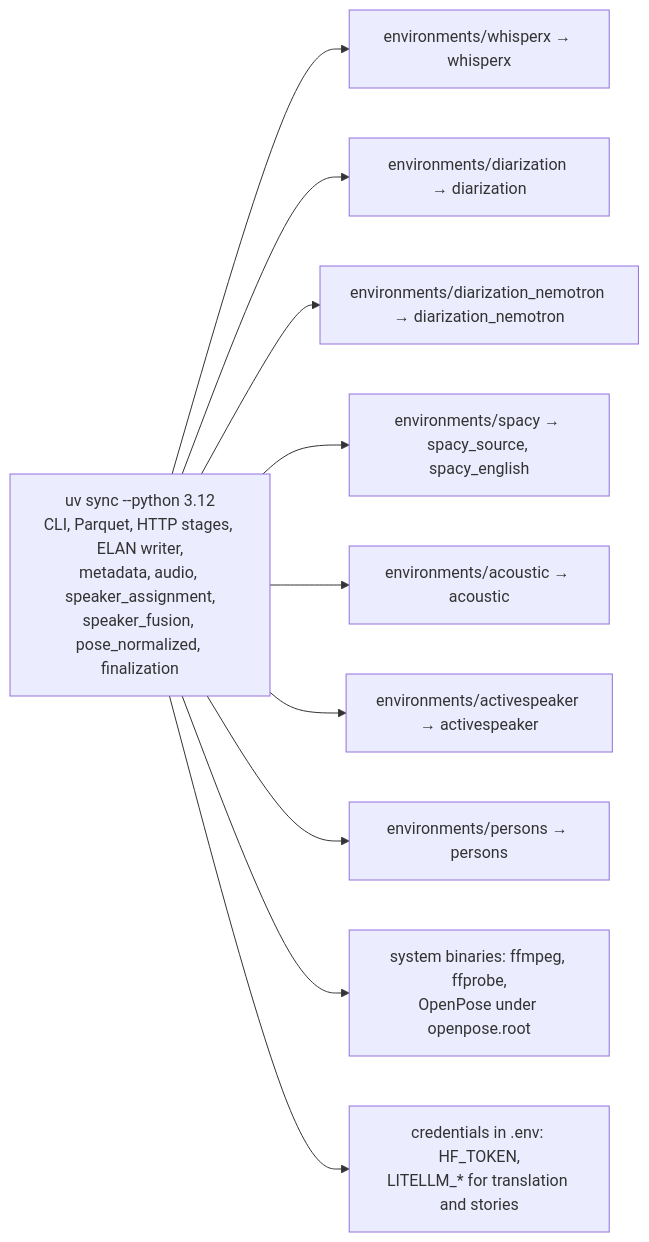
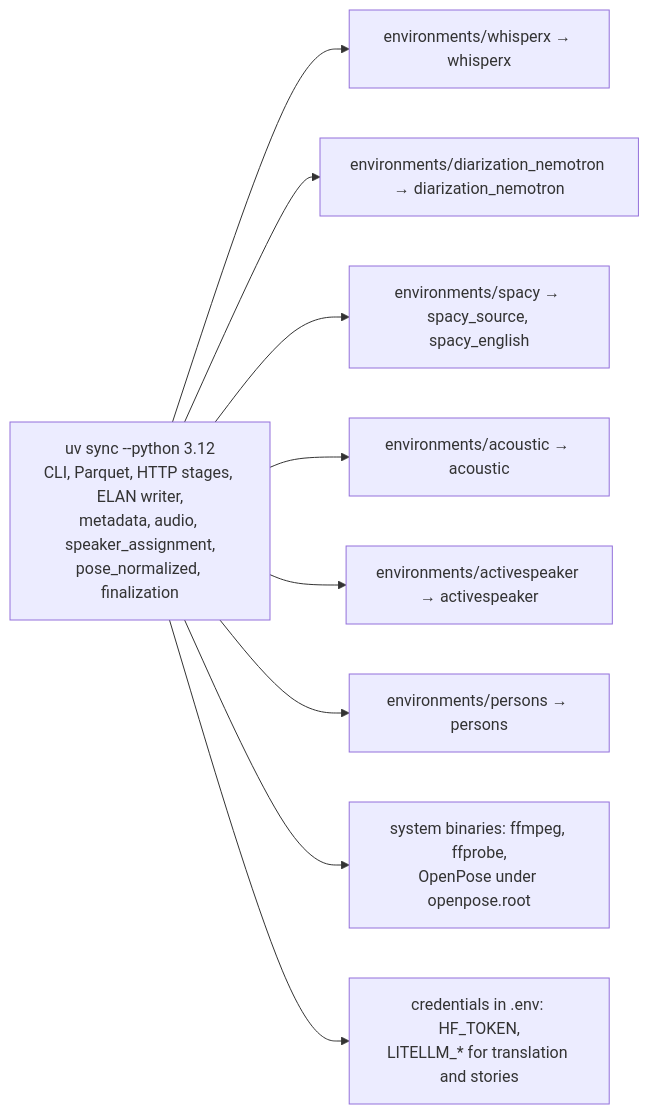
The diagram in docs/getting-started.md (RaulKite/storytell-pipeline), drawn with Mermaid before and after one commit. The commit also changed other lines of this file and 18 other files, not shown here.

````diff
--- a/docs/getting-started.md
+++ b/docs/getting-started.md
@@ -102,13 +99,12 @@
 ```mermaid
 flowchart LR
-    root["uv sync --python 3.12<br/>CLI, Parquet, HTTP stages, ELAN writer,<br/>metadata, audio, speaker_assignment,<br/>speaker_fusion, pose_normalized, finalization"]
+    root["uv sync --python 3.12<br/>CLI, Parquet, HTTP stages, ELAN writer,<br/>metadata, audio, speaker_assignment,<br/>pose_normalized, finalization"]
     root --> e1["environments/whisperx → whisperx"]
-    root --> e2["environments/diarization → diarization"]
     root --> e3["environments/diarization_nemotron → diarization_nemotron"]
     root --> e4["environments/spacy → spacy_source, spacy_english"]
     root --> e5["environments/acoustic → acoustic"]
     root --> e6["environments/activespeaker → activespeaker"]
     root --> e7["environments/persons → persons"]
     root --> bin["system binaries: ffmpeg, ffprobe,<br/>OpenPose under openpose.root"]
     root --> cred["credentials in .env: HF_TOKEN,<br/>LITELLM_* for translation and stories"]
 ```
````
